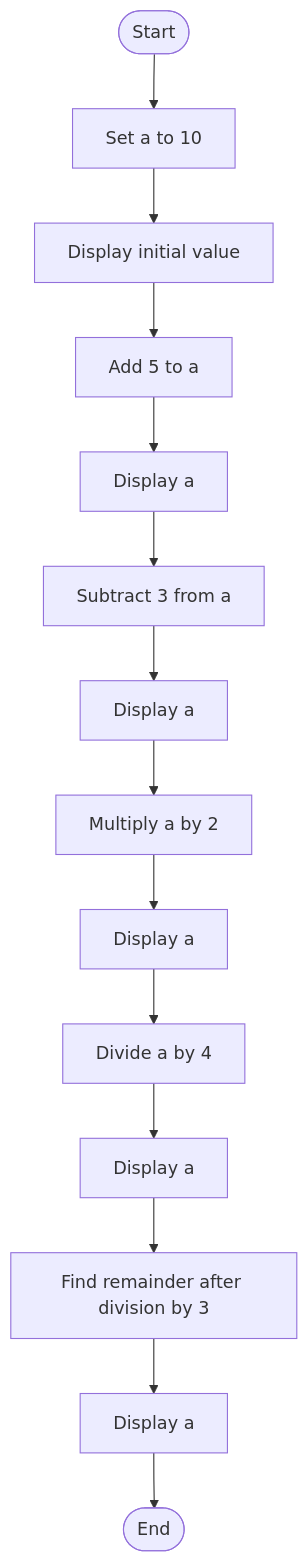
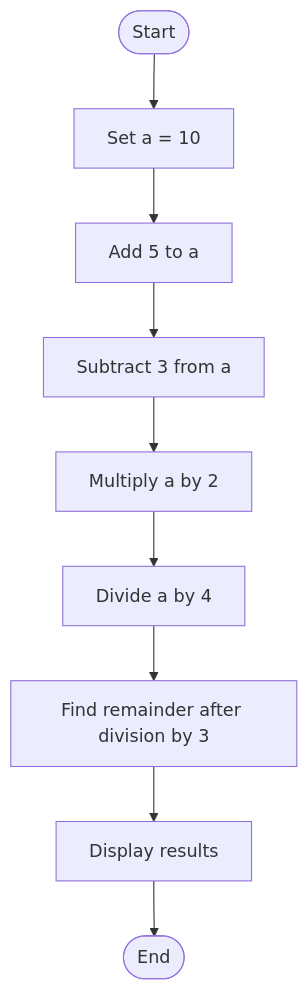
One commit to tonmoy222/C-programming-lab-work-Batch-34 changed the second of 3 diagrams in Lab-06-Increment-Decrement-and-Assignment-Operators/README.md. Above: the diagram before and after it, drawn with Mermaid. The commit also changed other lines of this file, not shown here.

````diff
--- a/Lab-06-Increment-Decrement-and-Assignment-Operators/README.md
+++ b/Lab-06-Increment-Decrement-and-Assignment-Operators/README.md
@@ -58,16 +50,11 @@
 ```mermaid
 flowchart TD
-    A([Start]) --> B["Set a to 10"]
-    B --> C["Display initial value"]
-    C --> D["Add 5 to a"]
-    D --> E["Display a"]
-    E --> F["Subtract 3 from a"]
-    F --> G["Display a"]
-    G --> H["Multiply a by 2"]
-    H --> I["Display a"]
-    I --> J["Divide a by 4"]
-    J --> K["Display a"]
-    K --> L["Find remainder after division by 3"]
-    L --> M["Display a"]
-    M --> N([End])
+    A([Start]) --> B["Set a = 10"]
+    B --> C["Add 5 to a"]
+    C --> D["Subtract 3 from a"]
+    D --> E["Multiply a by 2"]
+    E --> F["Divide a by 4"]
+    F --> G["Find remainder after division by 3"]
+    G --> H["Display results"]
+    H --> I([End])
 ```
````
